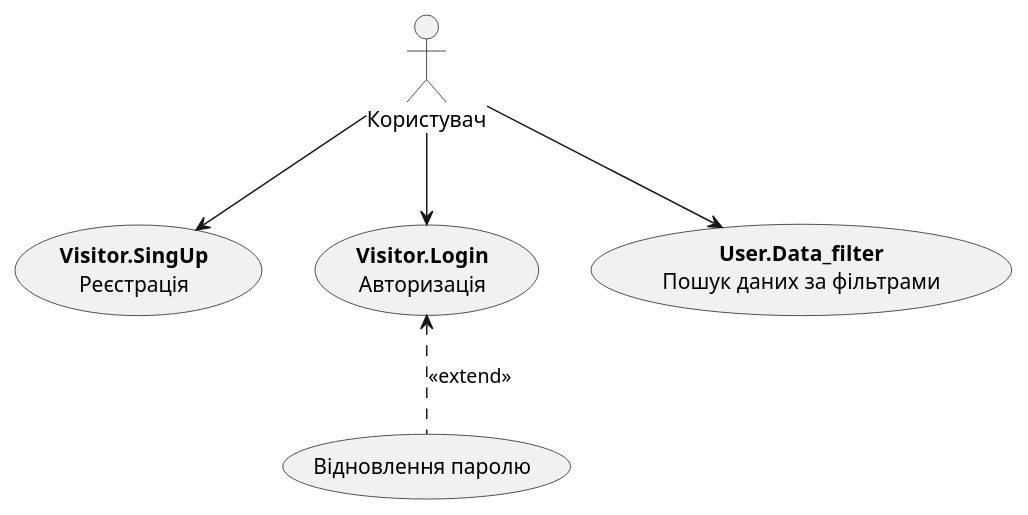
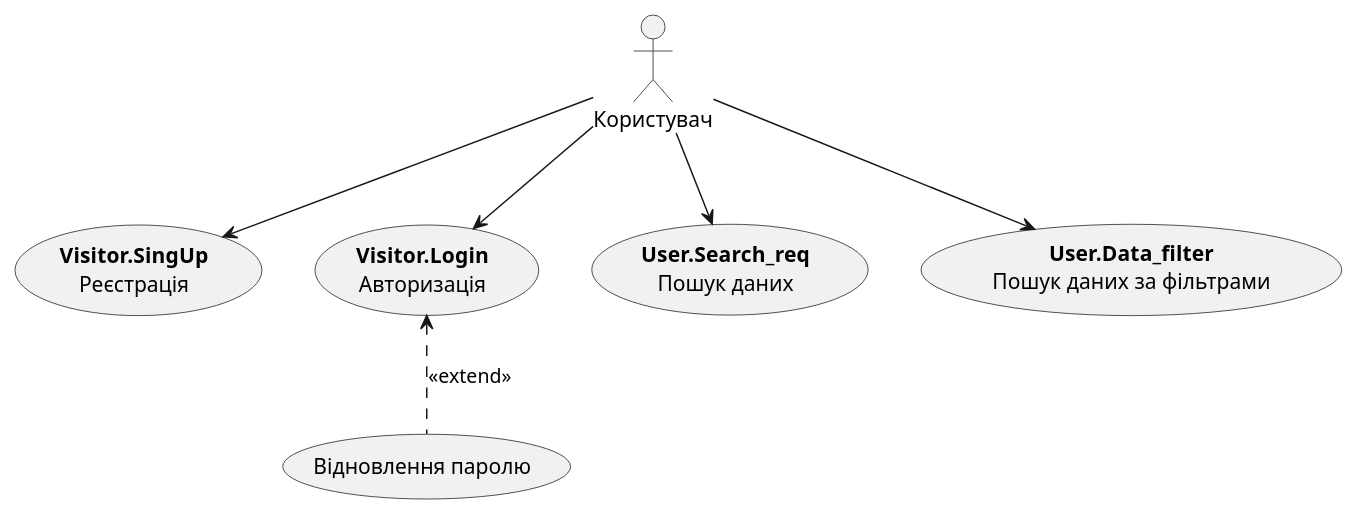
The second of 10 diagrams in docs/use cases/README.md (nonGratis/retarder-io-23-3), drawn with PlantUML before and after one commit.

Commit message:
UML diagram correction

````diff
--- a/docs/use cases/README.md
+++ b/docs/use cases/README.md
@@ -57,17 +57,19 @@
 ```plantuml
 @startuml
 
 actor "Користувач" as User
 
 usecase "<b>Visitor.SingUp\nРеєстрація" as Registration
 usecase "<b>Visitor.Login\nАвторизація" as Login
+usecase "<b>User.Search_req\nПошук даних" as Search
 usecase "<b>User.Data_filter\nПошук даних за фільтрами" as SearchWithFilters
 usecase "Відновлення паролю" as PasswordRecovery
 
 User --> Registration
 User --> Login
+User --> Search 
 User --> SearchWithFilters
 Login <-[dashed]- PasswordRecovery : <<extend>>
 
 @enduml
 ```
````
